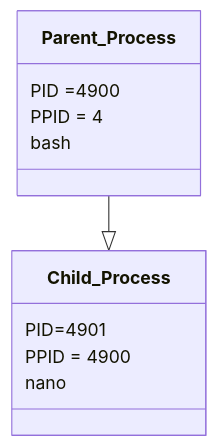
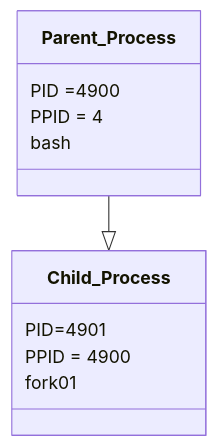
One commit to ferryastika/praktOS-24 changed the diagram in README.md. Above: the diagram before and after it, drawn with Mermaid. The commit also changed other lines of this file, not shown here.

````diff
--- a/README.md
+++ b/README.md
@@ -12,12 +12,12 @@
 ```mermaid
 classDiagram
       Parent_Process --|> Child_Process
       Parent_Process : PID =4900
       Parent_Process : PPID = 4
       Parent_Process: bash
       class Child_Process{
           PID=4901
           PPID = 4900
-          nano
+          fork01
       }
    ```
````
